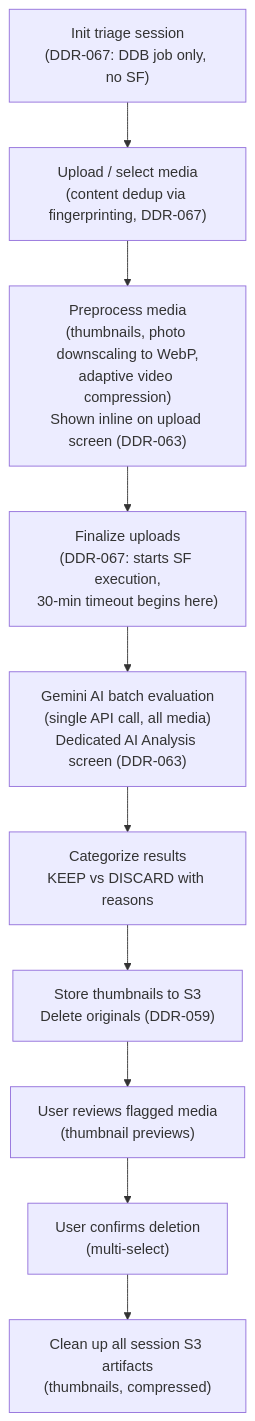
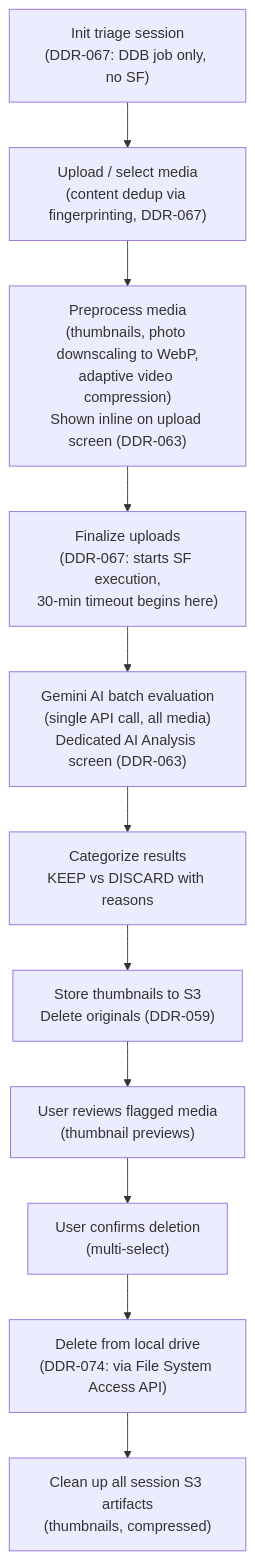
The first of 2 diagrams in docs/media-triage.md (francis-pang/ai-social-media-helper), drawn with Mermaid before and after one commit. The commit also changed other lines of this file and 5 other files, not shown here.

First line of the commit message:
feat: delete triage-discarded files from local drive via File System Access API (DDR-074)

````diff
--- a/docs/media-triage.md
+++ b/docs/media-triage.md
@@ -13,15 +13,16 @@
 ```mermaid
 flowchart TD
     Init["Init triage session\n(DDR-067: DDB job only, no SF)"]
     Upload["Upload / select media\n(content dedup via fingerprinting, DDR-067)"]
     Preprocess["Preprocess media\n(thumbnails, photo downscaling to WebP,\nadaptive video compression)\nShown inline on upload screen (DDR-063)"]
     Finalize["Finalize uploads\n(DDR-067: starts SF execution,\n30-min timeout begins here)"]
     Gemini["Gemini AI batch evaluation\n(single API call, all media)\nDedicated AI Analysis screen (DDR-063)"]
     Categorize["Categorize results\nKEEP vs DISCARD with reasons"]
     StoreThumbs["Store thumbnails to S3\nDelete originals (DDR-059)"]
     Review["User reviews flagged media\n(thumbnail previews)"]
     Confirm["User confirms deletion\n(multi-select)"]
+    LocalDelete["Delete from local drive\n(DDR-074: via File System Access API)"]
     Cleanup["Clean up all session S3 artifacts\n(thumbnails, compressed)"]
 
-    Init --> Upload --> Preprocess --> Finalize --> Gemini --> Categorize --> StoreThumbs --> Review --> Confirm --> Cleanup
+    Init --> Upload --> Preprocess --> Finalize --> Gemini --> Categorize --> StoreThumbs --> Review --> Confirm --> LocalDelete --> Cleanup
 ```
````
